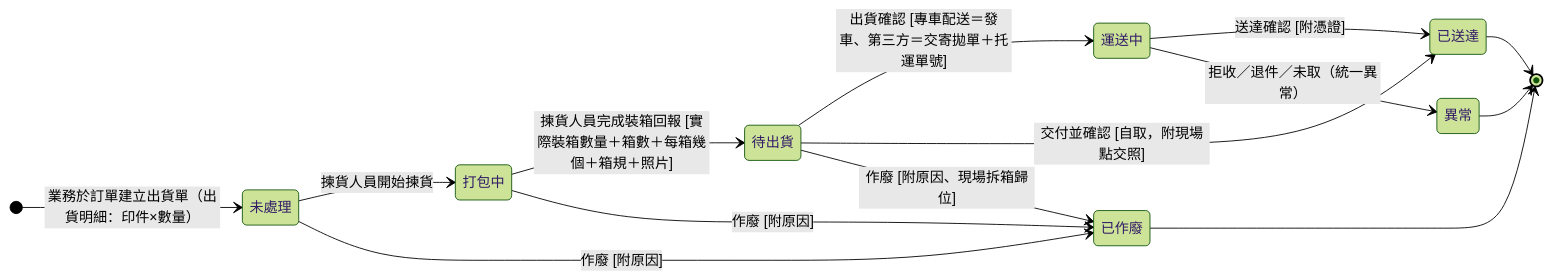
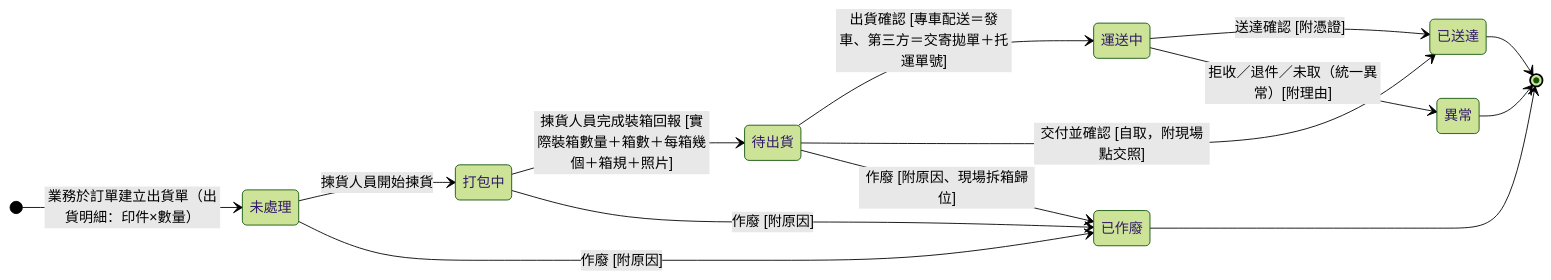
One commit to Kawato-Miles/erp-spec changed the diagram in memory/Sens_wiki/wiki/erp/06-state-machines/出貨單狀態.md. Above: the diagram before and after it, drawn with Mermaid (forest theme). The commit also changed other lines of this file and 17 other files, not shown here.

````diff
--- a/memory/Sens_wiki/wiki/erp/06-state-machines/出貨單狀態.md
+++ b/memory/Sens_wiki/wiki/erp/06-state-machines/出貨單狀態.md
@@ -41,28 +41,28 @@
 ```mermaid
 stateDiagram-v2
     direction LR
 
     [*] --> s_pending : 業務於訂單建立出貨單（出貨明細：印件×數量）
 
     state "未處理" as s_pending
     state "打包中" as s_packing
     state "待出貨" as s_packed
     state "運送中" as s_shipping
     state "已送達" as s_arrived
     state "異常" as s_failed
     state "已作廢" as s_void
 
     s_pending --> s_packing : 揀貨人員開始揀貨
     s_packing --> s_packed : 揀貨人員完成裝箱回報 [實際裝箱數量＋箱數＋每箱幾個＋箱規＋照片]
     s_packed --> s_shipping : 出貨確認 [專車配送＝發車、第三方＝交寄拋單＋托運單號]
     s_packed --> s_arrived : 交付並確認 [自取，附現場點交照]
     s_shipping --> s_arrived : 送達確認 [附憑證]
-    s_shipping --> s_failed : 拒收／退件／未取（統一異常）
+    s_shipping --> s_failed : 拒收／退件／未取（統一異常）[附理由]
     s_pending --> s_void : 作廢 [附原因]
     s_packing --> s_void : 作廢 [附原因]
     s_packed --> s_void : 作廢 [附原因、現場拆箱歸位]
 
     s_arrived --> [*]
     s_failed --> [*]
     s_void --> [*]
 ```
````
